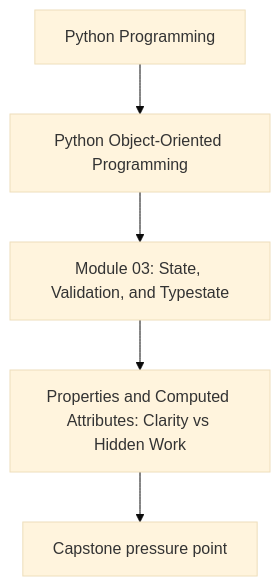
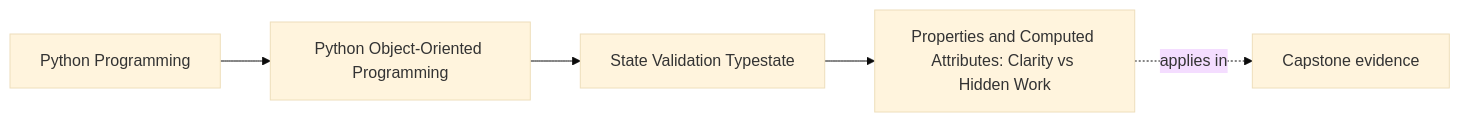
One commit to bijux/bijux-masterclass changed the first of 2 diagrams in programs/python-programming/python-object-oriented-programming/course-book/module-03-state-validation-typestate/properties-and-computed-attributes.md. Above: the diagram before and after it, drawn with Mermaid (base theme). The commit also changed other lines of this file and 65 other files, not shown here.

Commit message:
docs(python-object-oriented-programming): map object model and design foundations

````diff
--- a/programs/python-programming/python-object-oriented-programming/course-book/module-03-state-validation-typestate/properties-and-computed-attributes.md
+++ b/programs/python-programming/python-object-oriented-programming/course-book/module-03-state-validation-typestate/properties-and-computed-attributes.md
@@ -7,7 +7,11 @@
 ```mermaid
-flowchart TD
-  family["Python Programming"] --> program["Python Object-Oriented Programming"]
-  program --> module["Module 03: State, Validation, and Typestate"]
-  module --> concept["Properties and Computed Attributes: Clarity vs Hidden Work"]
-  concept --> capstone["Capstone pressure point"]
+graph LR
+  family["Python Programming"]
+  program["Python Object-Oriented Programming"]
+  section["State Validation Typestate"]
+  page["Properties and Computed Attributes: Clarity vs Hidden Work"]
+  capstone["Capstone evidence"]
+
+  family --> program --> section --> page
+  page -.applies in.-> capstone
 ```
````
